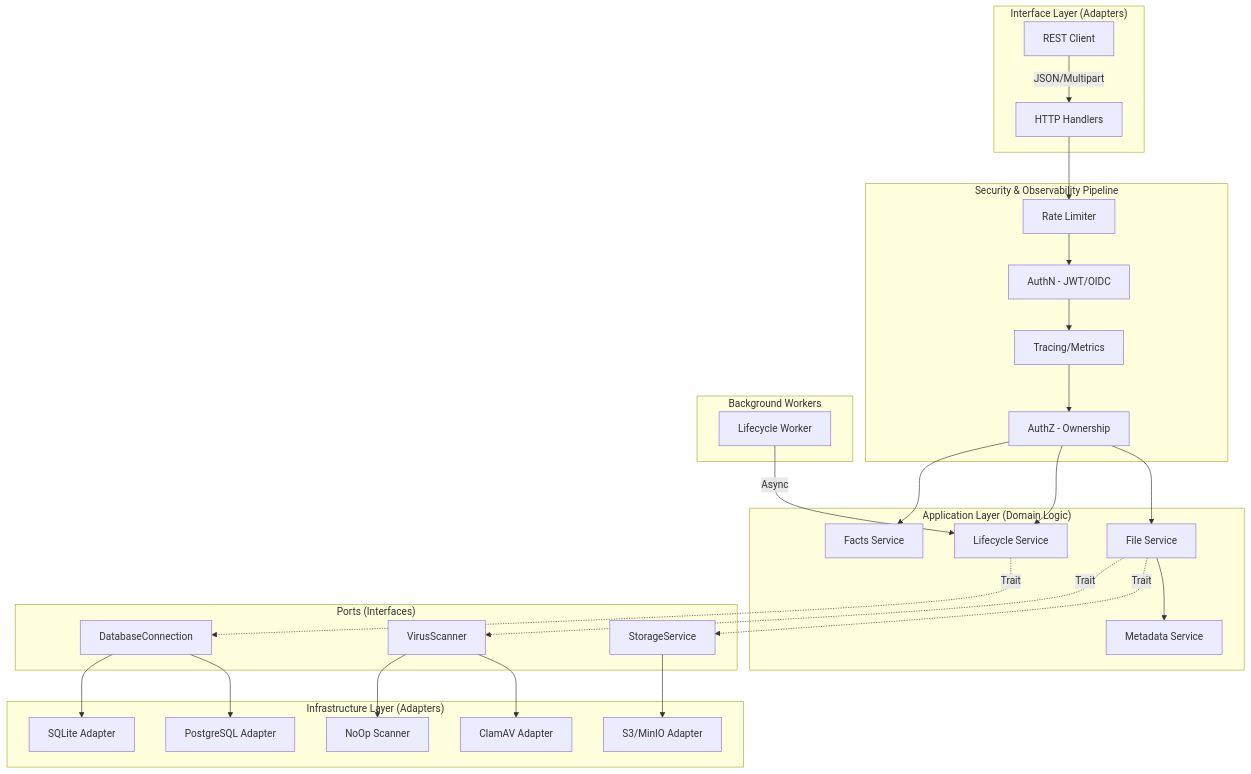
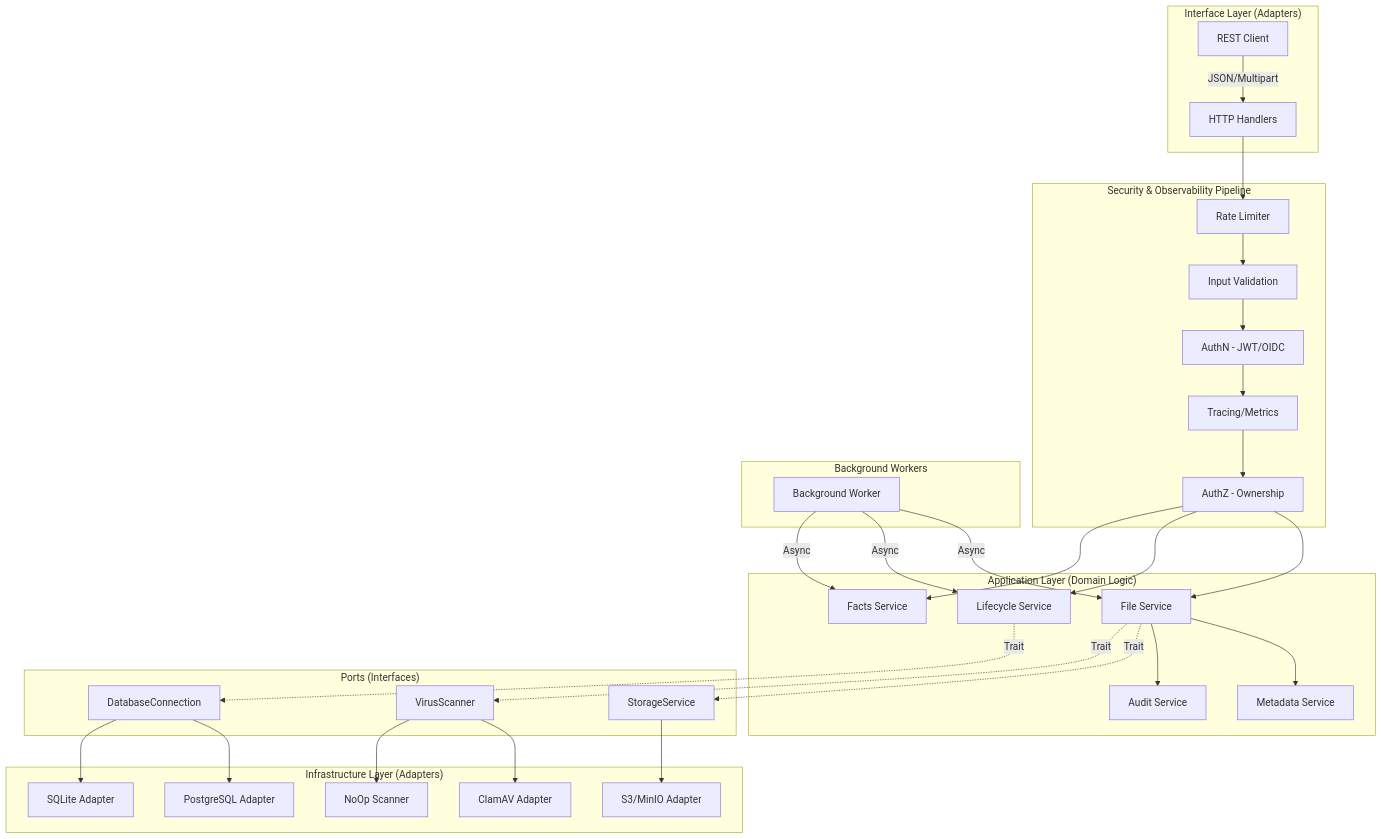
One commit to appsjuragan/rust-file-backend changed the diagram in api/ARCHITECTURE.md. Above: the diagram before and after it, drawn with Mermaid. The commit also changed other lines of this file and 1 other file, not shown here.

Commit message:
chore: update Architecture

````diff
--- a/api/ARCHITECTURE.md
+++ b/api/ARCHITECTURE.md
@@ -30,38 +31,42 @@
 ```mermaid
 graph TD
     subgraph "Interface Layer (Adapters)"
         Client[REST Client] -->|JSON/Multipart| Handlers[HTTP Handlers]
     end
 
     subgraph "Security & Observability Pipeline"
         Handlers --> RL[Rate Limiter]
-        RL --> AN[AuthN - JWT/OIDC]
+        RL --> IV[Input Validation]
+        IV --> AN[AuthN - JWT/OIDC]
         AN --> TR[Tracing/Metrics]
         TR --> AZ[AuthZ - Ownership]
     end
 
     subgraph "Application Layer (Domain Logic)"
         AZ --> FS[File Service]
         AZ --> SL[Lifecycle Service]
         AZ --> FF[Facts Service]
         FS --> MS[Metadata Service]
+        FS --> AS[Audit Service]
     end
 
     subgraph "Ports (Interfaces)"
         FS -.->|Trait| P_Storage[StorageService]
         FS -.->|Trait| P_Scan[VirusScanner]
         SL -.->|Trait| P_DB[DatabaseConnection]
     end
 
     subgraph "Infrastructure Layer (Adapters)"
         P_Storage --> S3[S3/MinIO Adapter]
         P_Scan --> ClamAV[ClamAV Adapter]
         P_Scan --> NoOp[NoOp Scanner]
         P_DB --> Postgres[PostgreSQL Adapter]
         P_DB --> SQLite[SQLite Adapter]
     end
 
     subgraph "Background Workers"
-        Worker[Lifecycle Worker] -->|Async| SL
+        Worker[Background Worker] -->|Async| FS
+        Worker -->|Async| SL
+        Worker -->|Async| FF
     end
 ```
````
